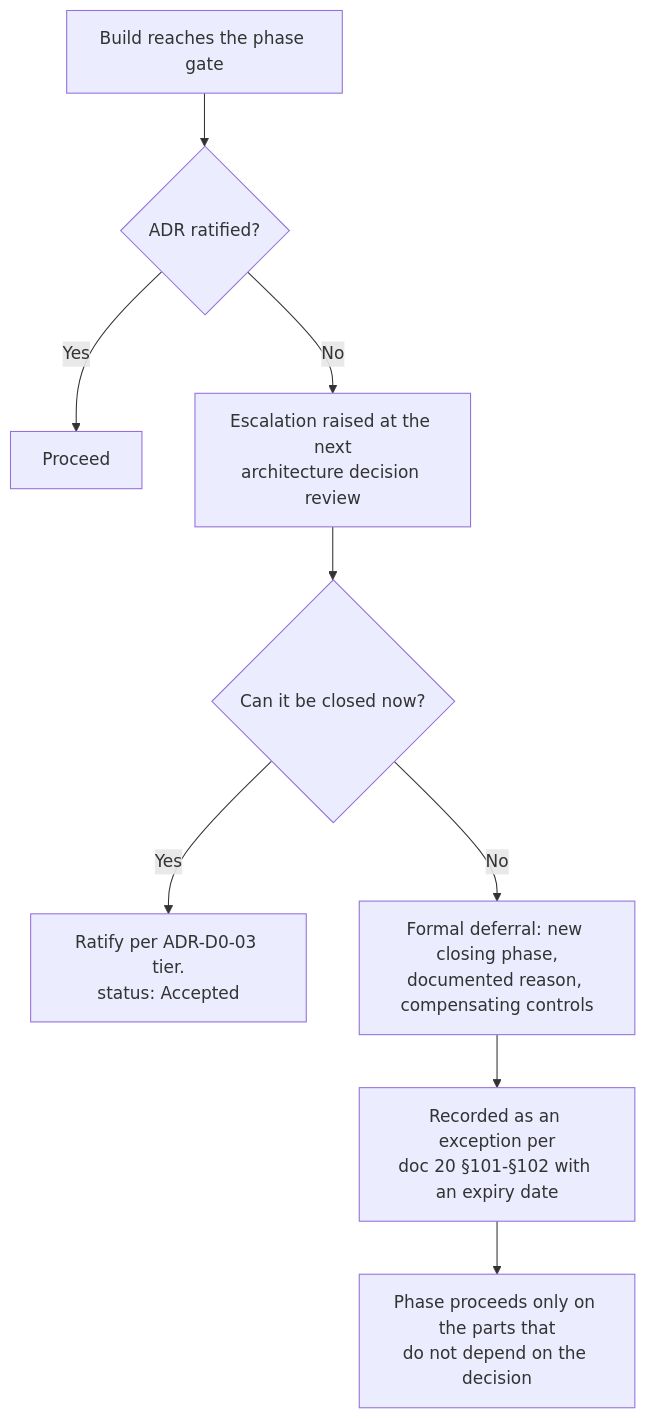
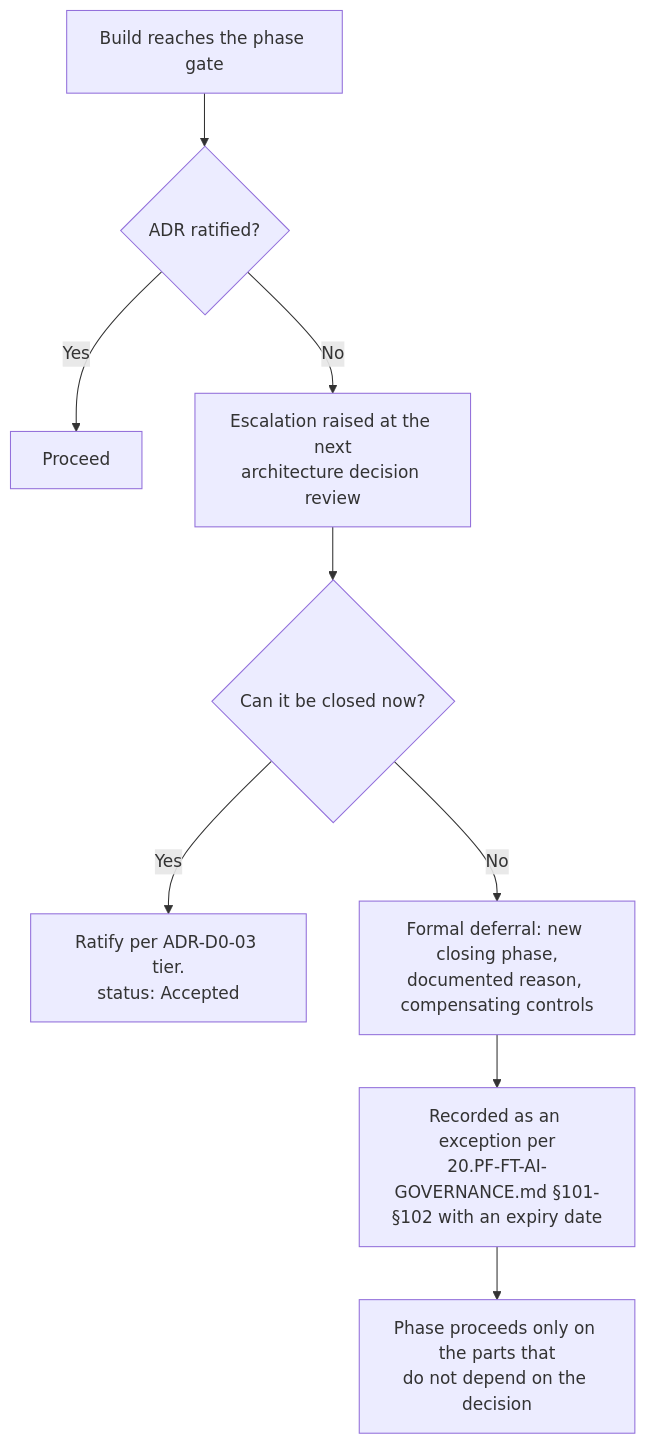
One commit to gobimca87/PF-FT changed the diagram in docs/architecture/adr/00-decision-programme/ADR-D0-04-open-decision-register-and-escalation.md. Above: the diagram before and after it, drawn with Mermaid. The commit also changed other lines of this file and 143 other files, not shown here.

````diff
--- a/docs/architecture/adr/00-decision-programme/ADR-D0-04-open-decision-register-and-escalation.md
+++ b/docs/architecture/adr/00-decision-programme/ADR-D0-04-open-decision-register-and-escalation.md
@@ -279,11 +279,11 @@
 ```mermaid
 flowchart TD
     A[Build reaches the phase gate] --> B{ADR ratified?}
     B -- Yes --> C[Proceed]
     B -- No --> D[Escalation raised at the next<br/>architecture decision review]
     D --> E{Can it be closed now?}
     E -- Yes --> F[Ratify per ADR-D0-03 tier.<br/>status: Accepted]
     E -- No --> G[Formal deferral: new closing phase,<br/>documented reason, compensating controls]
-    G --> H[Recorded as an exception per<br/>doc 20 §101-§102 with an expiry date]
+    G --> H[Recorded as an exception per<br/>20.PF-FT-AI-GOVERNANCE.md §101-§102 with an expiry date]
     H --> I[Phase proceeds only on the parts that<br/>do not depend on the decision]
 ```
````
